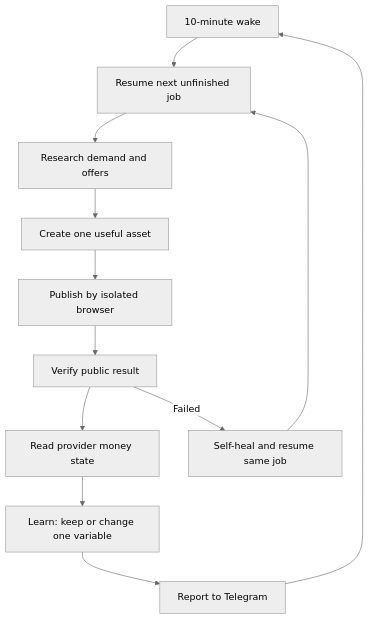
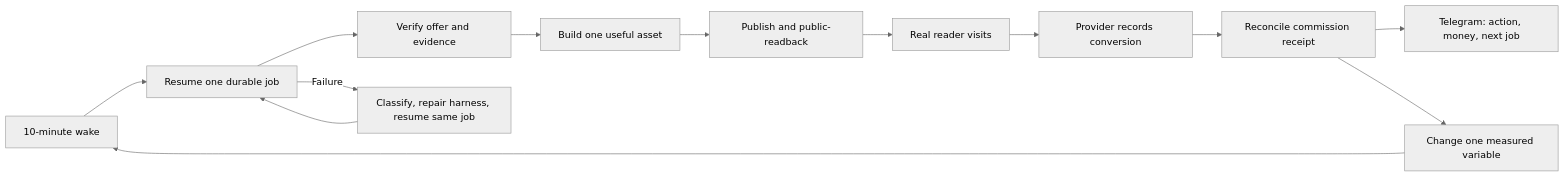
One commit to Daisuke134/anicca changed the third of 7 diagrams in docs/affiliate-agent/AFFILIATE-AGENT-SSOT.md. Above: the diagram before and after it, drawn with Mermaid (neutral theme). The commit also changed other lines of this file and 4 other files, not shown here.

````diff
--- a/docs/affiliate-agent/AFFILIATE-AGENT-SSOT.md
+++ b/docs/affiliate-agent/AFFILIATE-AGENT-SSOT.md
@@ -299,14 +300,15 @@
 ```mermaid
-flowchart TD
-  W[10-minute wake] --> N[Resume next unfinished job]
-  N --> R[Research demand and offers]
-  R --> C[Create one useful asset]
-  C --> P[Publish by isolated browser]
-  P --> V[Verify public result]
-  V --> M[Read provider money state]
-  M --> L[Learn: keep or change one variable]
-  L --> T[Report to Telegram]
-  T --> W
-  V -->|Failed| H[Self-heal and resume same job]
-  H --> N
+flowchart LR
+  W[10-minute wake] --> J[Resume one durable job]
+  J --> O[Verify offer and evidence]
+  O --> A[Build one useful asset]
+  A --> P[Publish and public-readback]
+  P --> U[Real reader visits]
+  U --> C[Provider records conversion]
+  C --> R[Reconcile commission receipt]
+  R --> T[Telegram: action, money, next job]
+  R --> L[Change one measured variable]
+  L --> W
+  J -->|Failure| H[Classify, repair harness, resume same job]
+  H --> J
 ```
````
